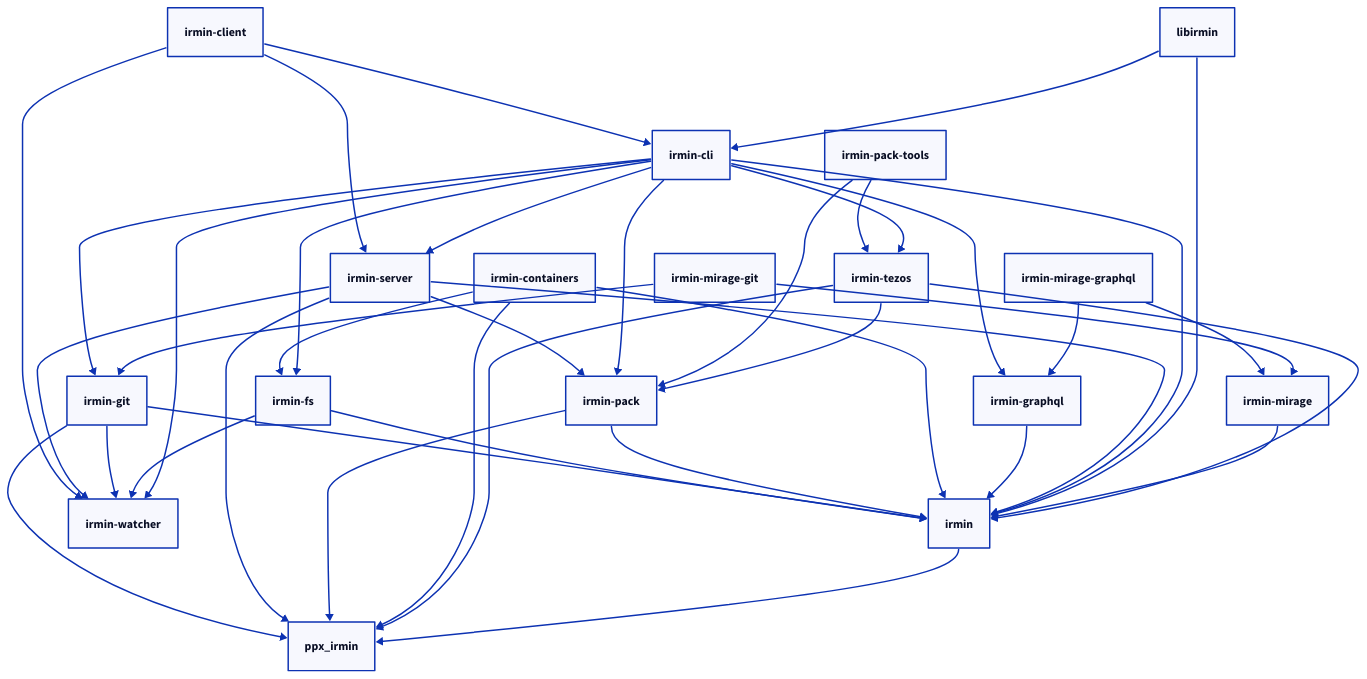
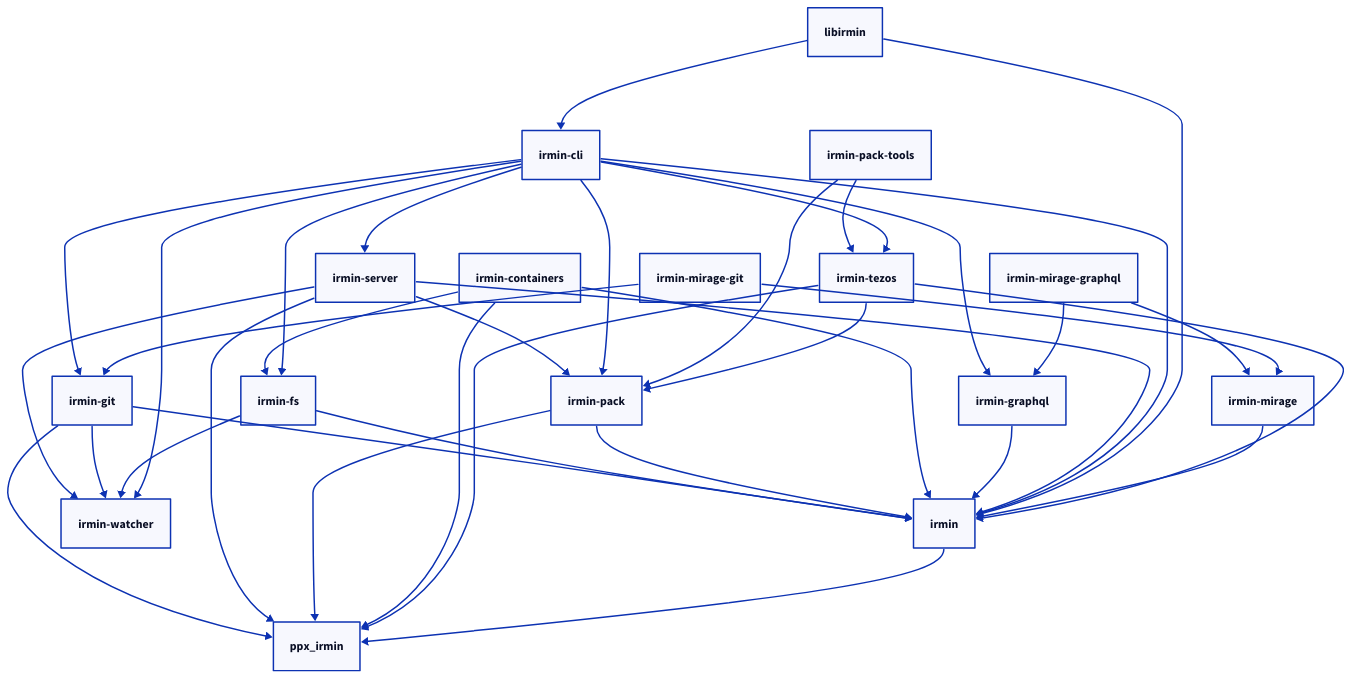
The diagram in irmin.d2 (mirage/irmin), drawn with D2 before and after one commit. The commit also changed 2 other files, not shown here.

Commit message:
Remove irmin-client from the picture

```diff
--- a/irmin.d2
+++ b/irmin.d2
@@ -1,51 +1,48 @@
 direction: down
 
 irmin-fs -> irmin
 irmin-git -> irmin
 irmin-pack -> irmin
 irmin-containers -> irmin
 irmin-graphql -> irmin
 irmin-server -> irmin
 irmin-cli -> irmin
 libirmin -> irmin
 irmin-mirage -> irmin
 irmin-tezos -> irmin
 
 irmin-git -> ppx_irmin
 irmin-server -> ppx_irmin
 irmin-pack -> ppx_irmin
 irmin-containers -> ppx_irmin
 irmin-tezos -> ppx_irmin
 irmin -> ppx_irmin
 
-irmin-client -> irmin-watcher
 irmin-server -> irmin-watcher
 irmin-git -> irmin-watcher
 irmin-fs -> irmin-watcher
 irmin-cli -> irmin-watcher
 
 irmin-server -> irmin-pack
 irmin-cli -> irmin-pack
 irmin-pack-tools -> irmin-pack
 irmin-tezos -> irmin-pack
 
 irmin-containers -> irmin-fs
 irmin-cli -> irmin-fs
 
 irmin-cli -> irmin-git
 irmin-mirage-git -> irmin-git
 
 irmin-cli -> irmin-graphql
 irmin-mirage-graphql -> irmin-graphql
 
 irmin-mirage-graphql -> irmin-mirage
 irmin-mirage-git -> irmin-mirage
 
-irmin-client -> irmin-server
 irmin-cli -> irmin-server
 
-irmin-client -> irmin-cli
 libirmin -> irmin-cli
 
 irmin-pack-tools -> irmin-tezos
 irmin-cli -> irmin-tezos
```
